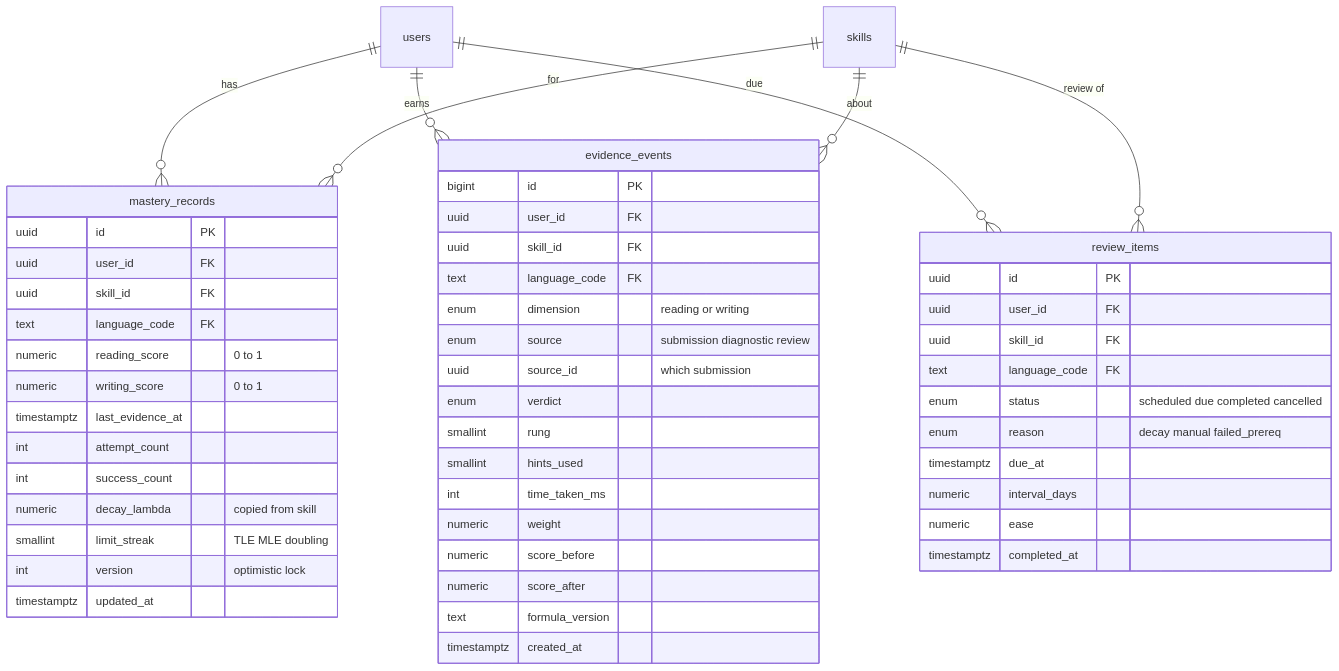
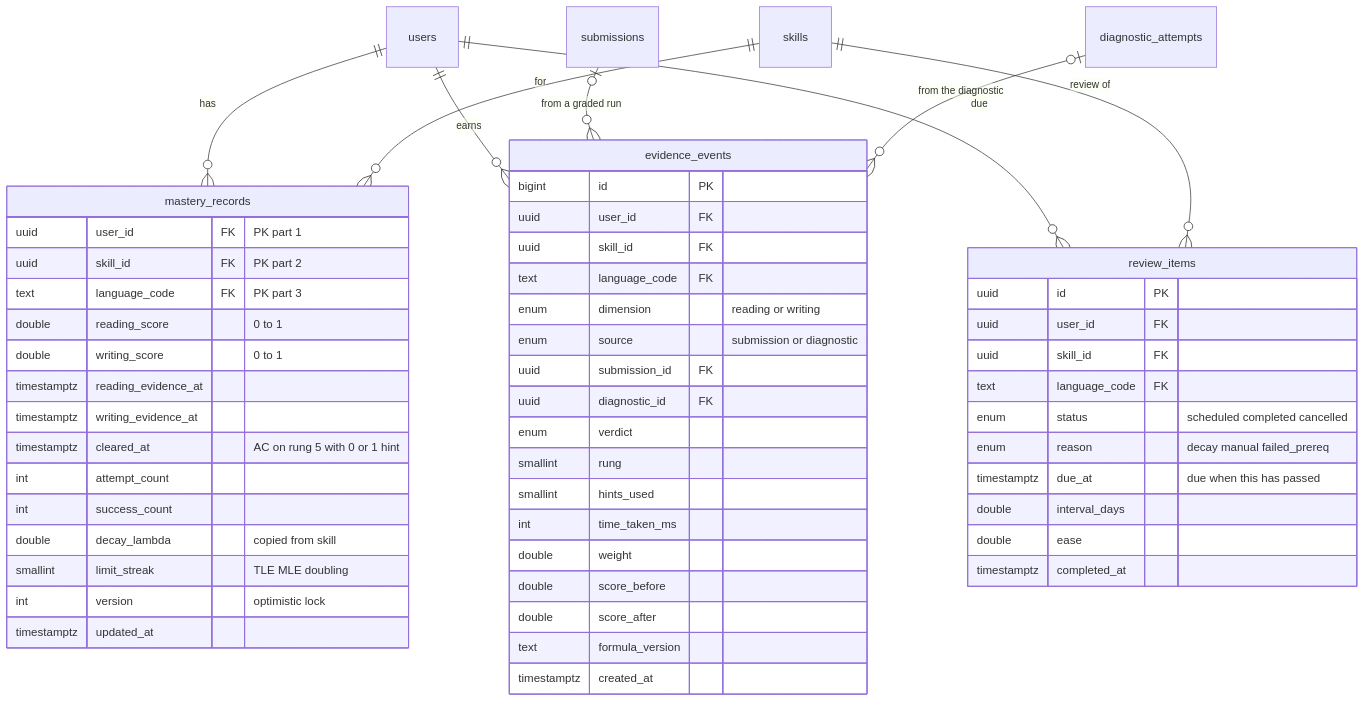
One commit to Nidanos/ai-tutor-platform changed the tenth of 32 diagrams in DOCS/phase-2/MP3-System-Design.md. Above: the diagram before and after it, drawn with Mermaid. The commit also changed other lines of this file, not shown here.

Commit message:
docs: update Phase 2 design with per-skill fade, schema refinements and auth decisions

````diff
--- a/DOCS/phase-2/MP3-System-Design.md
+++ b/DOCS/phase-2/MP3-System-Design.md
@@ -562,54 +612,57 @@
 ```mermaid
 erDiagram
   users ||--o{ mastery_records : "has"
   skills ||--o{ mastery_records : "for"
   users ||--o{ evidence_events : "earns"
-  skills ||--o{ evidence_events : "about"
+  submissions |o--o{ evidence_events : "from a graded run"
+  diagnostic_attempts |o--o{ evidence_events : "from the diagnostic"
   users ||--o{ review_items : "due"
   skills ||--o{ review_items : "review of"
   mastery_records {
-    uuid id PK
-    uuid user_id FK
-    uuid skill_id FK
-    text language_code FK
-    numeric reading_score "0 to 1"
-    numeric writing_score "0 to 1"
-    timestamptz last_evidence_at
+    uuid user_id FK "PK part 1"
+    uuid skill_id FK "PK part 2"
+    text language_code FK "PK part 3"
+    double reading_score "0 to 1"
+    double writing_score "0 to 1"
+    timestamptz reading_evidence_at
+    timestamptz writing_evidence_at
+    timestamptz cleared_at "AC on rung 5 with 0 or 1 hint"
     int attempt_count
     int success_count
-    numeric decay_lambda "copied from skill"
+    double decay_lambda "copied from skill"
     smallint limit_streak "TLE MLE doubling"
     int version "optimistic lock"
     timestamptz updated_at
   }
   evidence_events {
     bigint id PK
     uuid user_id FK
     uuid skill_id FK
     text language_code FK
     enum dimension "reading or writing"
-    enum source "submission diagnostic review"
-    uuid source_id "which submission"
+    enum source "submission or diagnostic"
+    uuid submission_id FK
+    uuid diagnostic_id FK
     enum verdict
     smallint rung
     smallint hints_used
     int time_taken_ms
-    numeric weight
-    numeric score_before
-    numeric score_after
+    double weight
+    double score_before
+    double score_after
     text formula_version
     timestamptz created_at
   }
   review_items {
     uuid id PK
     uuid user_id FK
     uuid skill_id FK
     text language_code FK
-    enum status "scheduled due completed cancelled"
+    enum status "scheduled completed cancelled"
     enum reason "decay manual failed_prereq"
-    timestamptz due_at
-    numeric interval_days
-    numeric ease
+    timestamptz due_at "due when this has passed"
+    double interval_days
+    double ease
     timestamptz completed_at
   }
 ```
````
